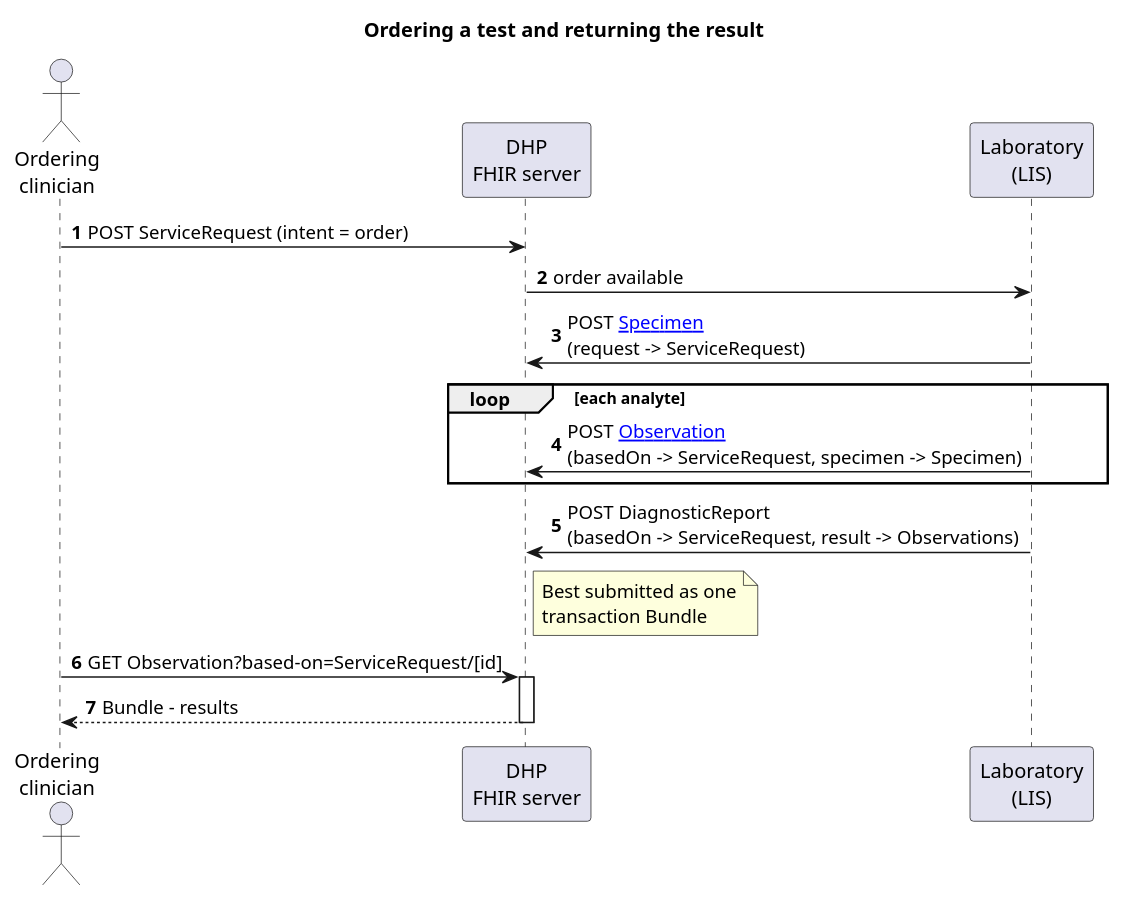
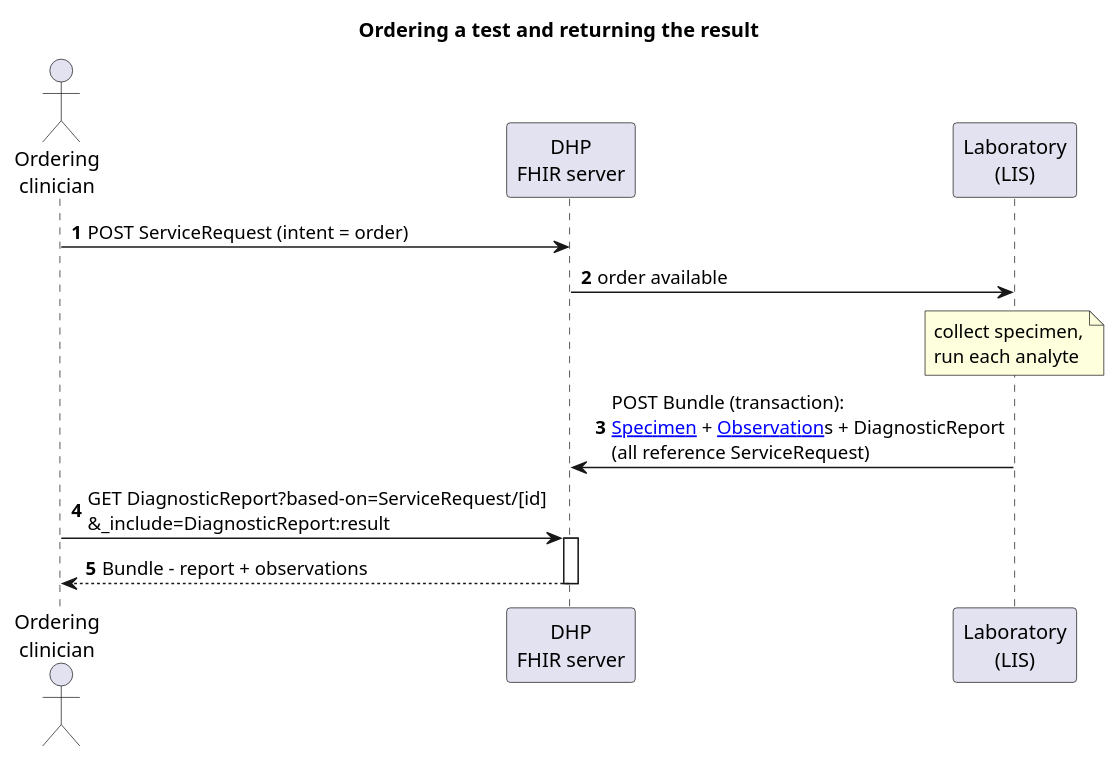
The diagram in input/images-source/lab-sequence.plantuml (uzinfocom-org/digital-health-ig), drawn with PlantUML before and after one commit. The commit also changed 1 other file, not shown here.

Commit message:
Make lab workflow fetch DiagnosticReport with _include results

```diff
--- a/input/images-source/lab-sequence.plantuml
+++ b/input/images-source/lab-sequence.plantuml
@@ -1,24 +1,20 @@
 @startuml lab-sequence
 title Ordering a test and returning the result
 autonumber
 
 actor "Ordering\nclinician" as Clin
 participant "DHP\nFHIR server" as DHP
 participant "Laboratory\n(LIS)" as Lab
 
 Clin -> DHP : POST ServiceRequest (intent = order)
 
 DHP -> Lab : order available
-Lab -> DHP : POST [[StructureDefinition-uz-core-specimen.html Specimen]]\n(request -> ServiceRequest)
 
-loop each analyte
-  Lab -> DHP : POST [[StructureDefinition-uz-core-observation.html Observation]]\n(basedOn -> ServiceRequest, specimen -> Specimen)
-end
-Lab -> DHP : POST DiagnosticReport\n(basedOn -> ServiceRequest, result -> Observations)
-note right of DHP : Best submitted as one\ntransaction Bundle
+note over Lab : collect specimen,\nrun each analyte
+Lab -> DHP : POST Bundle (transaction):\n[[StructureDefinition-uz-core-specimen.html Specimen]] + [[StructureDefinition-uz-core-observation.html Observation]]s + DiagnosticReport\n(all reference ServiceRequest)
 
-Clin -> DHP : GET Observation?based-on=ServiceRequest/[id]
+Clin -> DHP : GET DiagnosticReport?based-on=ServiceRequest/[id]\n&_include=DiagnosticReport:result
 activate DHP
-DHP --> Clin : Bundle - results
+DHP --> Clin : Bundle - report + observations
 deactivate DHP
 @enduml
```
